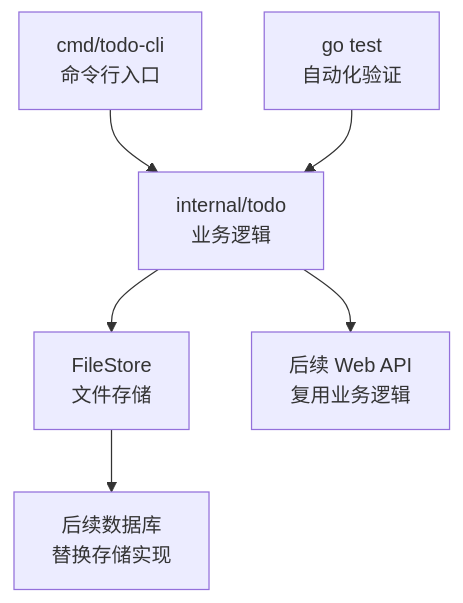
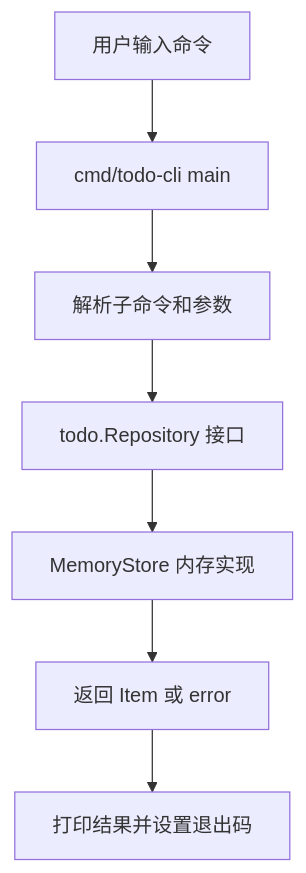
Before and after one commit to yleoer/cloud-native-todo-platform-docs: the diagram in docs/chapters/stage-02-go-backend/07-go-basics.md, drawn with Mermaid. The commit also changed other lines of this file, not shown here.

````diff
--- a/docs/chapters/stage-02-go-backend/07-go-basics.md
+++ b/docs/chapters/stage-02-go-backend/07-go-basics.md
@@ -1361,15 +300,9 @@
 ```mermaid
 flowchart TD
-    CLI["cmd/todo-cli<br/>命令行入口"]
-    Service["internal/todo<br/>业务逻辑"]
-    Store["FileStore<br/>文件存储"]
-    Test["go test<br/>自动化验证"]
-    FutureAPI["后续 Web API<br/>复用业务逻辑"]
-    FutureDB["后续数据库<br/>替换存储实现"]
-
-    CLI --> Service
-    Service --> Store
-    Test --> Service
-    Service --> FutureAPI
-    Store --> FutureDB
+    User["用户输入命令"] --> Main["cmd/todo-cli main"]
+    Main --> Parse["解析子命令和参数"]
+    Parse --> Repo["todo.Repository 接口"]
+    Repo --> Store["MemoryStore 内存实现"]
+    Store --> Result["返回 Item 或 error"]
+    Result --> Output["打印结果并设置退出码"]
 ```
````
